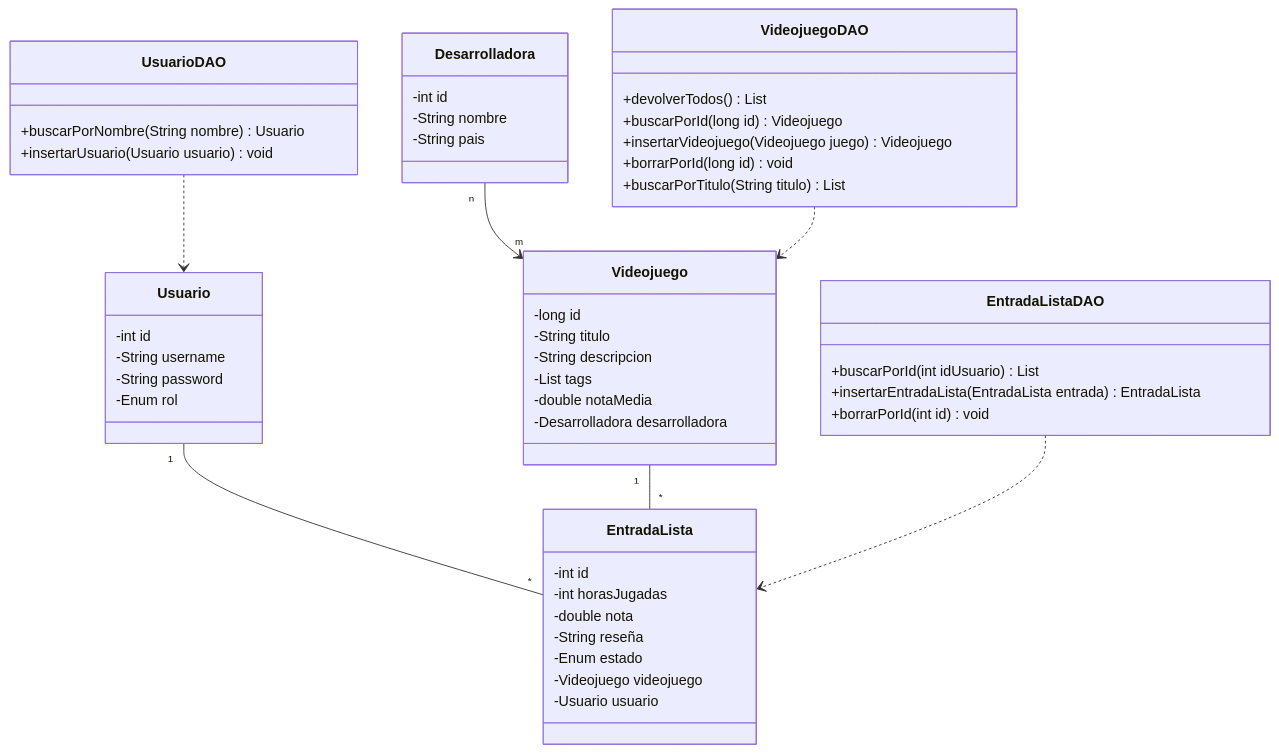
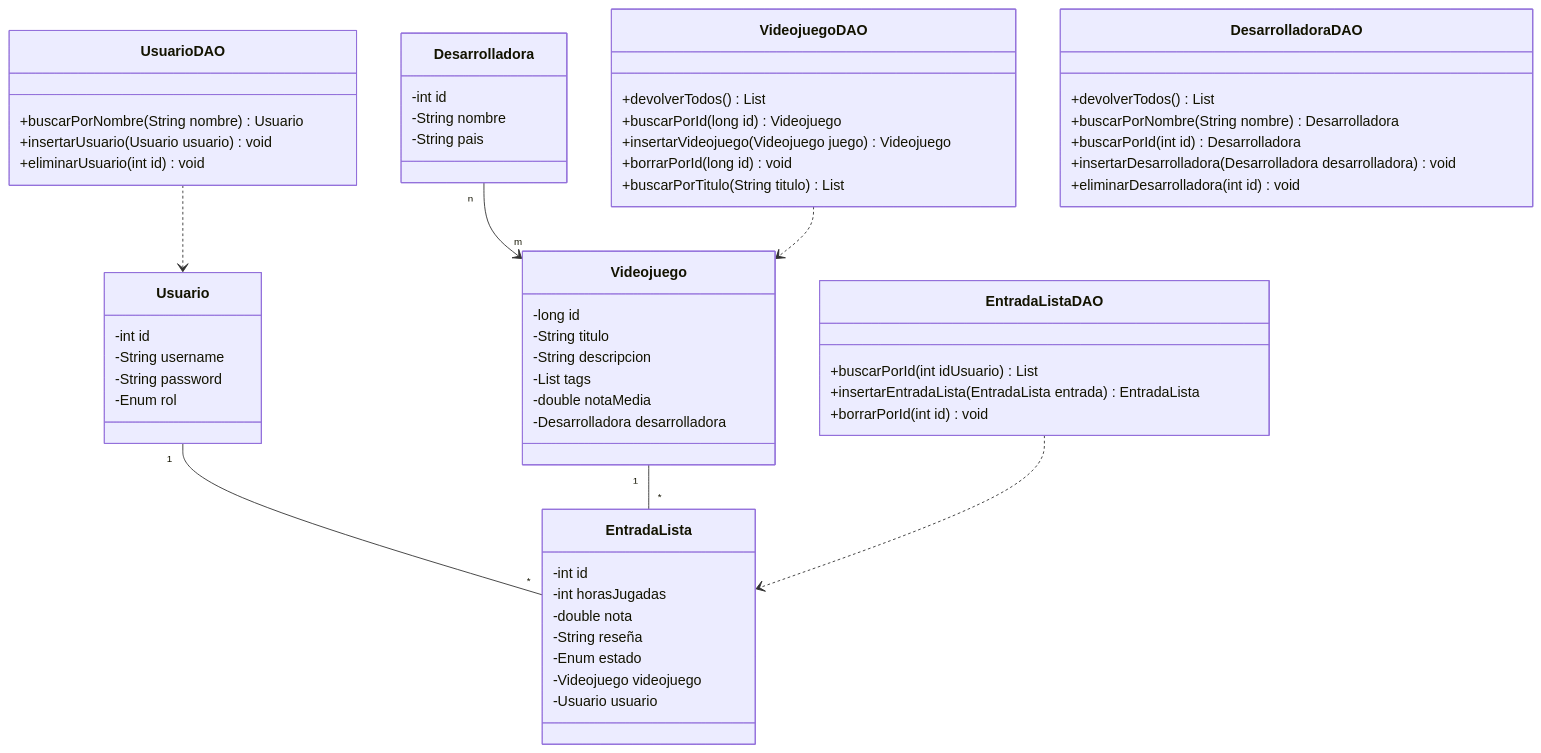
The diagram in mermaid/diagramaDeClases.md (Lepipae/VideojuegosApi), drawn with Mermaid before and after one commit.

Commit message:
añadir desarrolladoraDAO

````diff
--- a/mermaid/diagramaDeClases.md
+++ b/mermaid/diagramaDeClases.md
@@ -1,67 +1,76 @@
 ```mermaid
 classDiagram
     %% Entidades (Modelos)
     class Usuario {
         -int id
         -String username
         -String password
         -Enum rol
     }
 
     class Videojuego {
         -long id
         -String titulo
         -String descripcion
         -List<String> tags
         -double notaMedia
         -Desarrolladora desarrolladora
     }
 
     class EntradaLista {
         -int id
         -int horasJugadas
         -double nota
         -String reseña
         -Enum estado
         -Videojuego videojuego
         -Usuario usuario
     }
 
     class Desarrolladora {
         -int id
         -String nombre
         -String pais
     }
 
     %% DAOs (Repositorios de Spring Boot)
     class VideojuegoDAO {
         +devolverTodos() List<Videojuego>
         +buscarPorId(long id) Videojuego
         +insertarVideojuego(Videojuego juego) Videojuego
         +borrarPorId(long id) void
         +buscarPorTitulo(String titulo) List<Videojuego>
     }
 
     class UsuarioDAO {
         +buscarPorNombre(String nombre) Usuario
         +insertarUsuario(Usuario usuario) void
+        +eliminarUsuario(int id) void
     }
 
     class EntradaListaDAO {
         +buscarPorId(int idUsuario) List<EntradaLista>
         +insertarEntradaLista(EntradaLista entrada) EntradaLista
         +borrarPorId(int id) void
+    }
+
+    class DesarrolladoraDAO {
+        +devolverTodos() List<Desarrolladora>
+        +buscarPorNombre(String nombre) Desarrolladora
+        +buscarPorId(int id) Desarrolladora
+        +insertarDesarrolladora(Desarrolladora desarrolladora) void
+        +eliminarDesarrolladora(int id) void
     }
 
     %% Relaciones entre Entidades
     Usuario "1" -- "*" EntradaLista
     Videojuego "1" -- "*" EntradaLista
     Desarrolladora "n" --> "m" Videojuego
 
     %% Relaciones de Dependencia (DAOs manejan Entidades)
     VideojuegoDAO ..> Videojuego
     UsuarioDAO ..> Usuario
     EntradaListaDAO ..> EntradaLista
 
 
 ```
````
